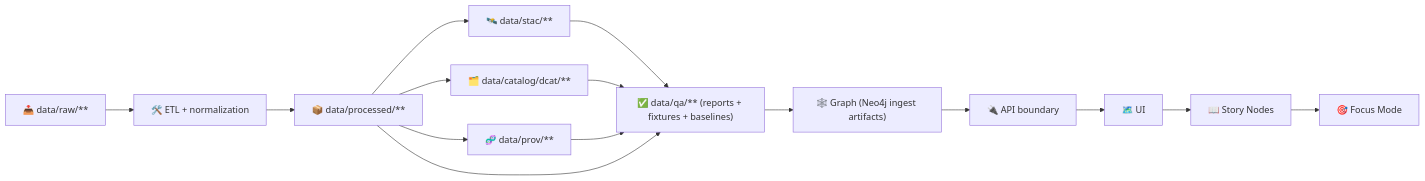
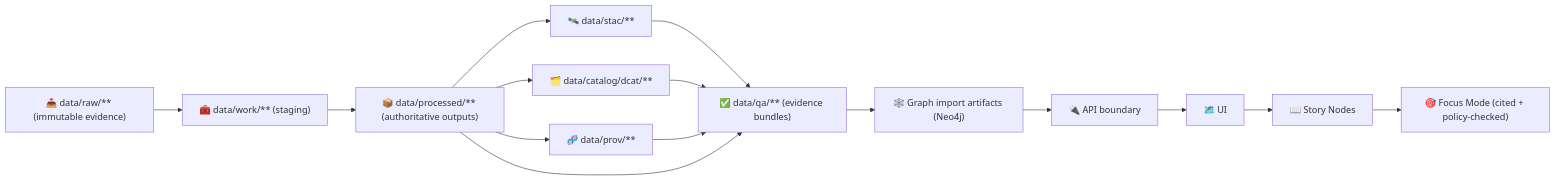
Before and after one commit to bartytime4life/Kansas-Frontier-Matrix: the second of 2 diagrams in data/qa/README.md, drawn with Mermaid. The commit also changed other lines of this file, not shown here.

````diff
--- a/data/qa/README.md
+++ b/data/qa/README.md
@@ -73,19 +135,20 @@
 ```mermaid
 flowchart LR
-  RAW["📥 data/raw/**"] --> ETL["🛠️ ETL + normalization"]
-  ETL --> PROC["📦 data/processed/**"]
+  RAW["📥 data/raw/** (immutable evidence)"] --> WORK["🧰 data/work/** (staging)"]
+  WORK --> PROC["📦 data/processed/** (authoritative outputs)"]
+
   PROC --> STAC["🛰️ data/stac/**"]
   PROC --> DCAT["🗂️ data/catalog/dcat/**"]
   PROC --> PROV["🧬 data/prov/**"]
 
-  STAC --> QA["✅ data/qa/** (reports + fixtures + baselines)"]
+  STAC --> QA["✅ data/qa/** (evidence bundles)"]
   DCAT --> QA
   PROV --> QA
   PROC --> QA
 
-  QA --> GRAPH["🕸️ Graph (Neo4j ingest artifacts)"]
+  QA --> GRAPH["🕸️ Graph import artifacts (Neo4j)"]
   GRAPH --> API["🔌 API boundary"]
   API --> UI["🗺️ UI"]
   UI --> STORY["📖 Story Nodes"]
-  STORY --> FOCUS["🎯 Focus Mode"]
+  STORY --> FOCUS["🎯 Focus Mode (cited + policy-checked)"]
 ```
````
